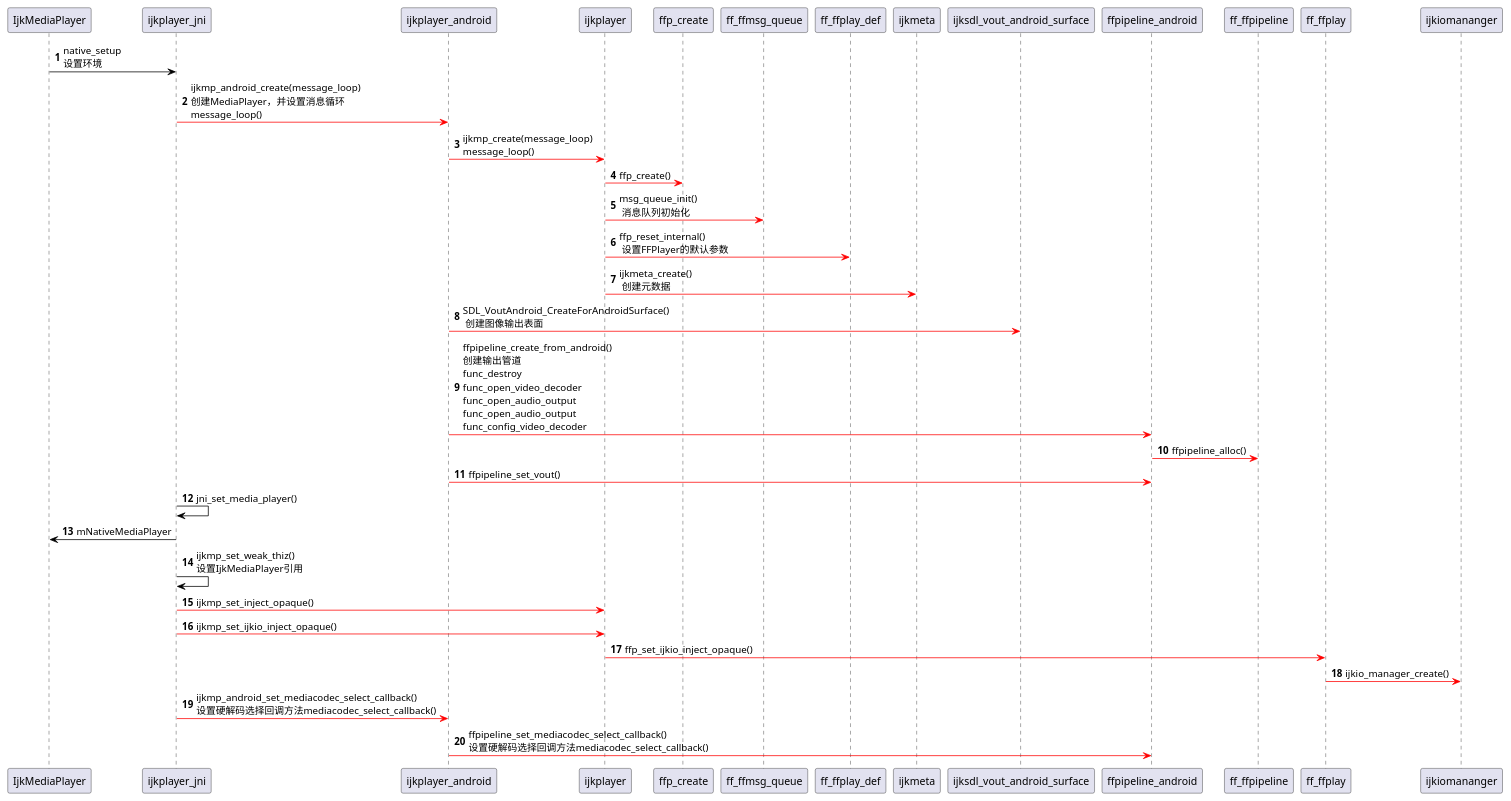
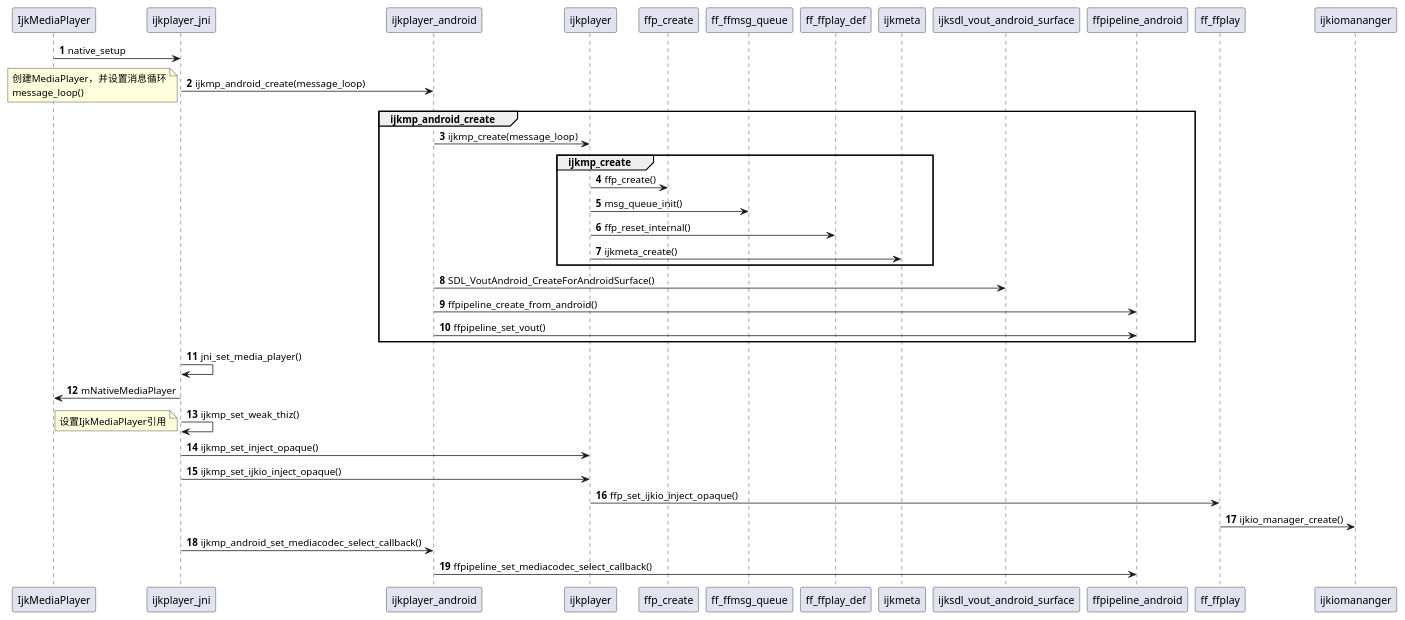
The diagram in doc/IjkPlayer/Sequence/ijkplayer_jni-setup.puml (biezhihua/SMusic), drawn with PlantUML before and after one commit. The commit also changed 16 other files, not shown here.

```diff
--- a/doc/IjkPlayer/Sequence/ijkplayer_jni-setup.puml
+++ b/doc/IjkPlayer/Sequence/ijkplayer_jni-setup.puml
@@ -1,49 +1,52 @@
 @startuml
 autonumber
 
-IjkMediaPlayer [#000000]-> ijkplayer_jni:native_setup\n设置环境
+IjkMediaPlayer -> ijkplayer_jni:native_setup
 
+ijkplayer_jni -> ijkplayer_android:ijkmp_android_create(message_loop)
+note left:创建MediaPlayer，并设置消息循环\nmessage_loop()
 
-ijkplayer_jni [#FF0000]-> ijkplayer_android:ijkmp_android_create(message_loop)\n创建MediaPlayer，并设置消息循环\nmessage_loop()
+group ijkmp_android_create
 
-ijkplayer_android [#FF0000]-> ijkplayer:ijkmp_create(message_loop)\nmessage_loop()
+    ijkplayer_android -> ijkplayer:ijkmp_create(message_loop)
 
-ijkplayer [#FF0000]-> ffp_create:ffp_create()
+    group ijkmp_create
 
-ijkplayer [#FF0000]-> ff_ffmsg_queue:msg_queue_init()\n 消息队列初始化
+        ijkplayer -> ffp_create:ffp_create()
 
-ijkplayer [#FF0000]-> ff_ffplay_def:ffp_reset_internal() \n 设置FFPlayer的默认参数
+        ijkplayer -> ff_ffmsg_queue:msg_queue_init()
 
-ijkplayer [#FF0000]-> ijkmeta:ijkmeta_create() \n 创建元数据
+        ijkplayer -> ff_ffplay_def:ffp_reset_internal()
 
+        ijkplayer -> ijkmeta:ijkmeta_create()
+    end
 
-ijkplayer_android [#FF0000]-> ijksdl_vout_android_surface:SDL_VoutAndroid_CreateForAndroidSurface() \n 创建图像输出表面
+    ijkplayer_android -> ijksdl_vout_android_surface:SDL_VoutAndroid_CreateForAndroidSurface()
 
-ijkplayer_android [#FF0000]-> ffpipeline_android:ffpipeline_create_from_android()\n创建输出管道\nfunc_destroy\nfunc_open_video_decoder\nfunc_open_audio_output\nfunc_open_audio_output\nfunc_config_video_decoder
+    ijkplayer_android -> ffpipeline_android:ffpipeline_create_from_android()
 
-ffpipeline_android [#FF0000]-> ff_ffpipeline:ffpipeline_alloc()
+    ijkplayer_android -> ffpipeline_android:ffpipeline_set_vout()
 
-ijkplayer_android [#FF0000]-> ffpipeline_android:ffpipeline_set_vout()
+end
 
+ijkplayer_jni -> ijkplayer_jni:jni_set_media_player()
 
-ijkplayer_jni [#000000]-> ijkplayer_jni:jni_set_media_player()
+ijkplayer_jni -> IjkMediaPlayer:mNativeMediaPlayer
 
-ijkplayer_jni [#000000]-> IjkMediaPlayer:mNativeMediaPlayer
+ijkplayer_jni -> ijkplayer_jni:ijkmp_set_weak_thiz()
+note left:设置IjkMediaPlayer引用
 
+ijkplayer_jni -> ijkplayer:ijkmp_set_inject_opaque()
 
-ijkplayer_jni [#000000]-> ijkplayer_jni:ijkmp_set_weak_thiz()\n设置IjkMediaPlayer引用
+ijkplayer_jni -> ijkplayer:ijkmp_set_ijkio_inject_opaque()
 
-ijkplayer_jni [#FF0000]-> ijkplayer:ijkmp_set_inject_opaque()
+ijkplayer -> ff_ffplay:ffp_set_ijkio_inject_opaque()
 
-ijkplayer_jni [#FF0000]-> ijkplayer:ijkmp_set_ijkio_inject_opaque()
+ff_ffplay -> ijkiomananger:ijkio_manager_create()
 
-ijkplayer [#FF0000]-> ff_ffplay:ffp_set_ijkio_inject_opaque()
+ijkplayer_jni -> ijkplayer_android:ijkmp_android_set_mediacodec_select_callback()
 
-ff_ffplay [#FF0000]-> ijkiomananger:ijkio_manager_create()
-
-ijkplayer_jni [#FF0000]-> ijkplayer_android:ijkmp_android_set_mediacodec_select_callback()\n设置硬解码选择回调方法mediacodec_select_callback()
-
-ijkplayer_android [#FF0000]-> ffpipeline_android:ffpipeline_set_mediacodec_select_callback()\n设置硬解码选择回调方法mediacodec_select_callback()
+ijkplayer_android -> ffpipeline_android:ffpipeline_set_mediacodec_select_callback()
 
 
 @enduml
```
